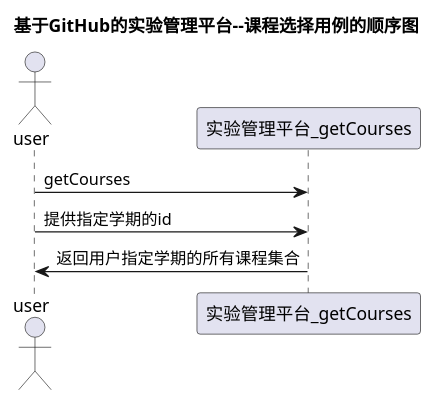
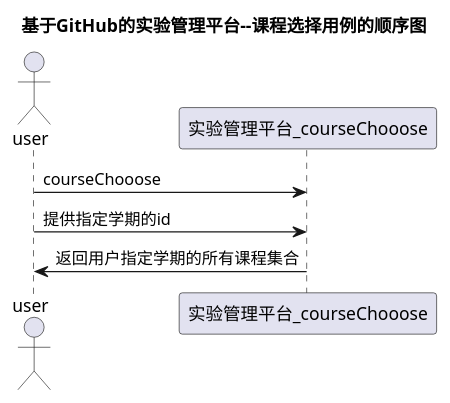
One commit to zhangji123456/is_analysis changed the diagram in test6/src/课程选择.puml. Above: the diagram before and after it, drawn with PlantUML.

```diff
--- a/test6/src/课程选择.puml
+++ b/test6/src/课程选择.puml
@@ -1,7 +1,7 @@
 @startuml
 title 基于GitHub的实验管理平台--课程选择用例的顺序图
 actor user
-user -> 实验管理平台_getCourses:getCourses
-user->实验管理平台_getCourses:提供指定学期的id
-实验管理平台_getCourses->user:返回用户指定学期的所有课程集合
+user -> 实验管理平台_courseChooose:courseChooose
+user->实验管理平台_courseChooose:提供指定学期的id
+实验管理平台_courseChooose->user:返回用户指定学期的所有课程集合
 @enduml
```
